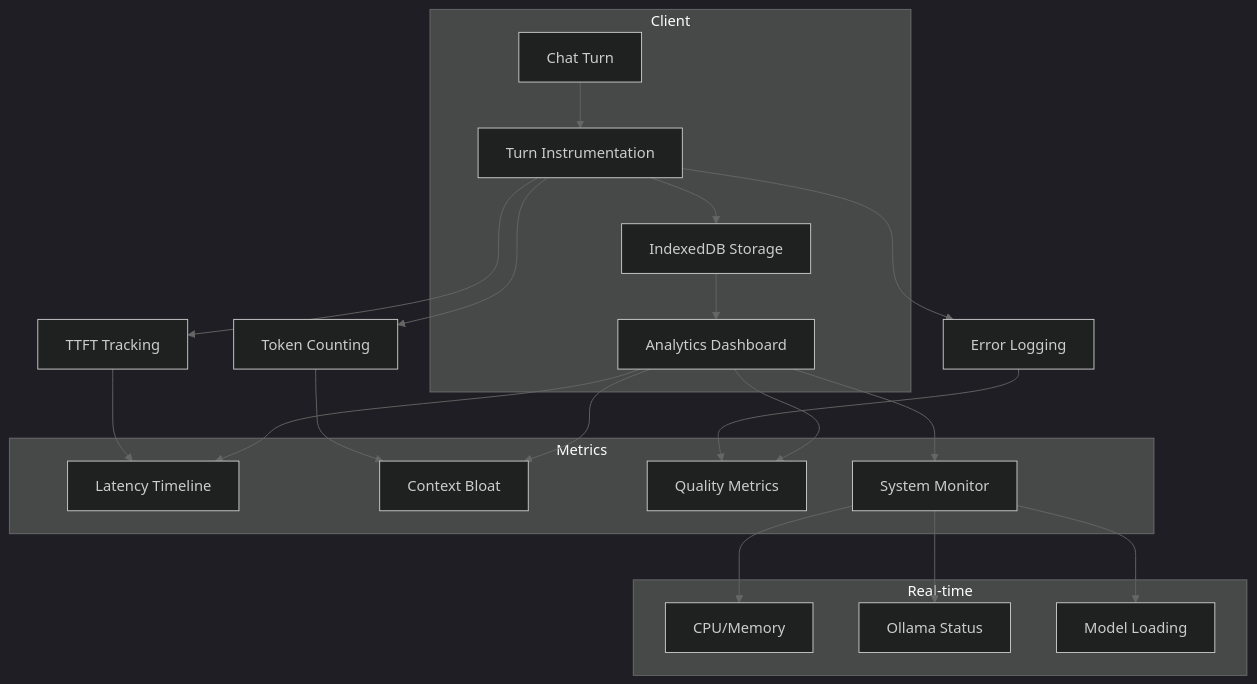
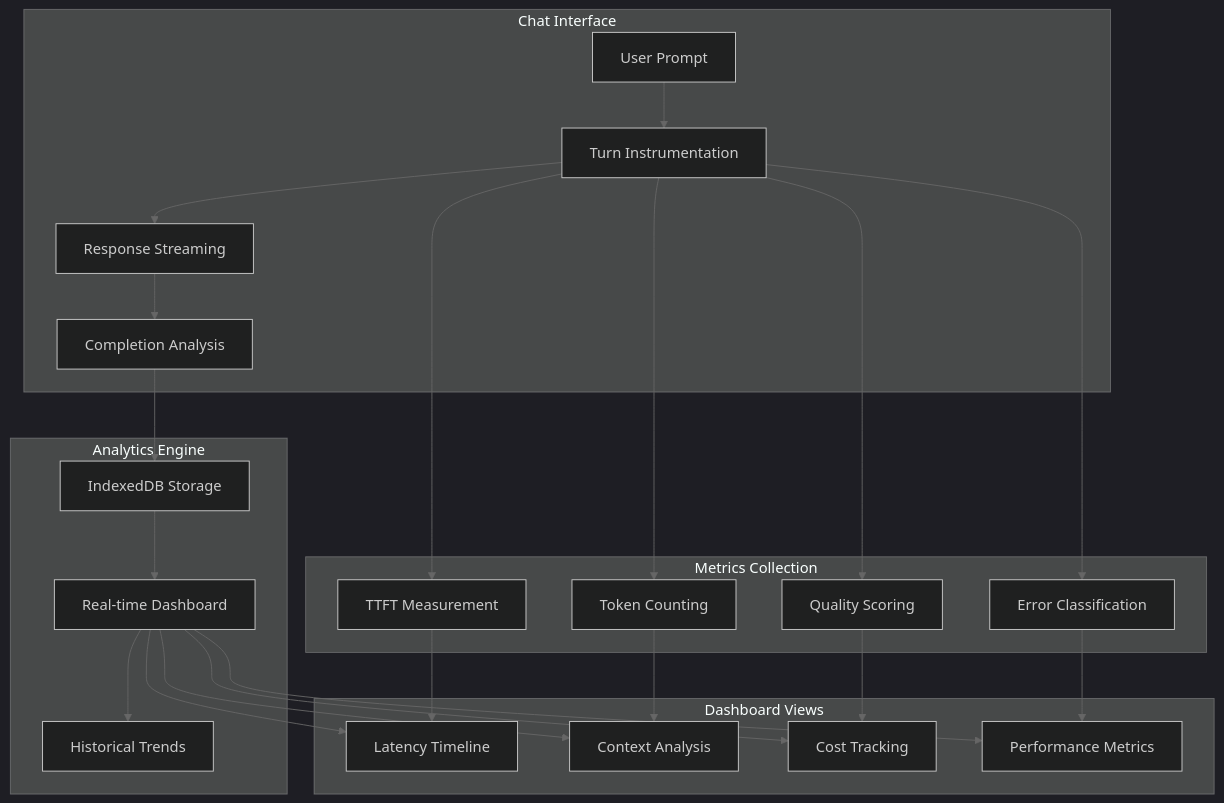
One commit to sanketmuchhala/Project-Green-Lantern changed the second of 2 diagrams in README.md. Above: the diagram before and after it, drawn with Mermaid. The commit also changed other lines of this file, not shown here.

First line of the commit message:
docs: comprehensive README rewrite with detailed analytics focus

````diff
--- a/README.md
+++ b/README.md
@@ -93,30 +178,34 @@
 ```mermaid
 %%{init: {'theme':'dark', 'themeVariables': { 'primaryColor': '#0b0b0b', 'primaryTextColor': '#e5e5e5', 'lineColor': '#666' }}}%%
 flowchart TB
-  subgraph Client
-    A[Chat Turn] --> B[Turn Instrumentation]
-    B --> C[IndexedDB Storage]
-    C --> D[Analytics Dashboard]
+  subgraph Chat Interface
+    A[User Prompt] --> B[Turn Instrumentation]
+    B --> C[Response Streaming]
+    C --> D[Completion Analysis]
   end
   
-  subgraph Metrics
-    D --> E[Latency Timeline]
-    D --> F[Context Bloat]
-    D --> G[Quality Metrics]
-    D --> H[System Monitor]
+  subgraph Analytics Engine
+    D --> E[IndexedDB Storage]
+    E --> F[Real-time Dashboard]
+    F --> G[Historical Trends]
   end
   
-  subgraph Real-time
-    H --> I[CPU/Memory]
-    H --> J[Ollama Status]
-    H --> K[Model Loading]
+  subgraph Metrics Collection
+    B --> H[TTFT Measurement]
+    B --> I[Token Counting]
+    B --> J[Quality Scoring]
+    B --> K[Error Classification]
   end
   
-  B --> L[TTFT Tracking]
-  B --> M[Token Counting] 
-  B --> N[Error Logging]
+  subgraph Dashboard Views
+    F --> L[Latency Timeline]
+    F --> M[Context Analysis]
+    F --> N[Cost Tracking]
+    F --> O[Performance Metrics]
+  end
   
-  L --> E
-  M --> F
-  N --> G
+  H --> L
+  I --> M
+  J --> N
+  K --> O
 ```
````
